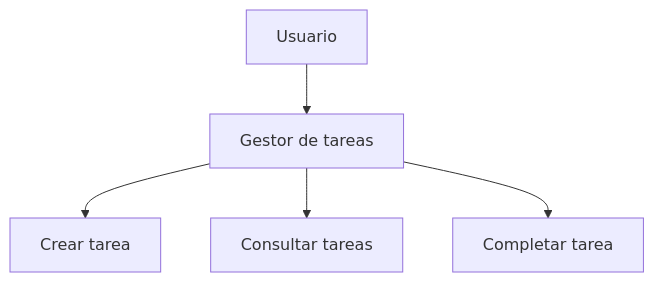
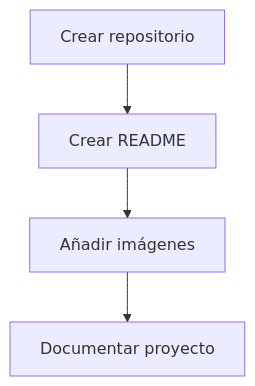
The diagram in README.md (MarcosMateoMunoz/EjercicioMarkdown), drawn with Mermaid before and after one commit. The commit also changed other lines of this file, not shown here.

````diff
--- a/README.md
+++ b/README.md
@@ -30,7 +79,6 @@
 ```mermaid
 flowchart TD
-    A[Usuario] --> B[Gestor de tareas]
-    B --> C[Crear tarea]
-    B --> D[Consultar tareas]
-    B --> E[Completar tarea]
+    A[Crear repositorio] --> B[Crear README]
+    B --> C[Añadir imágenes]
+    C --> D[Documentar proyecto]
 ```
````
